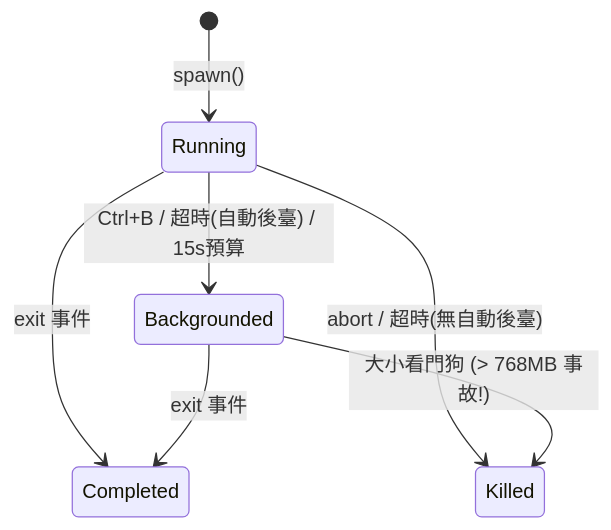
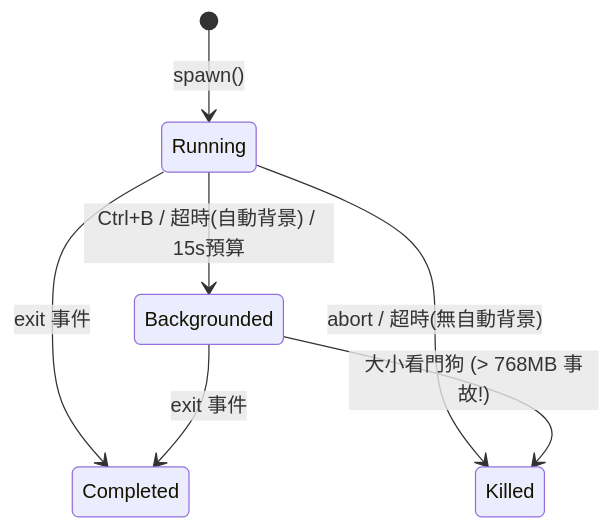
One commit to jwcrystal/claude-reviews-claude changed the second of 3 diagrams in architecture/zh-TW/06-bash-engine.md. Above: the diagram before and after it, drawn with Mermaid. The commit also changed other lines of this file and 13 other files, not shown here.

````diff
--- a/architecture/zh-TW/06-bash-engine.md
+++ b/architecture/zh-TW/06-bash-engine.md
@@ -158,9 +158,9 @@
 ```mermaid
 stateDiagram-v2
     [*] --> Running: spawn()
     Running --> Completed: exit 事件
-    Running --> Killed: abort / 超時(無自動後臺)
-    Running --> Backgrounded: Ctrl+B / 超時(自動後臺) / 15s預算
+    Running --> Killed: abort / 超時(無自動背景)
+    Running --> Backgrounded: Ctrl+B / 超時(自動背景) / 15s預算
     Backgrounded --> Completed: exit 事件
     Backgrounded --> Killed: 大小看門狗 (> 768MB 事故!)
 ```
````
